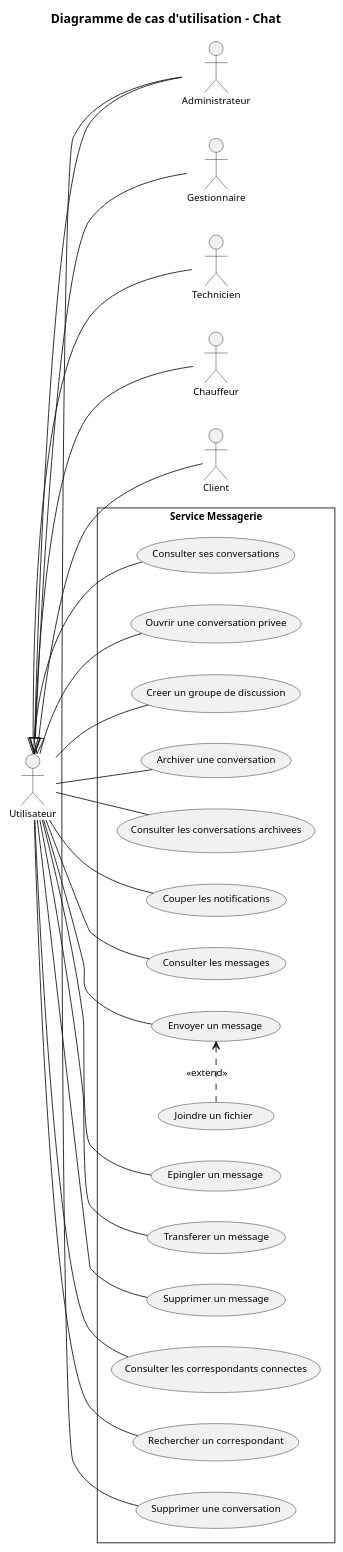
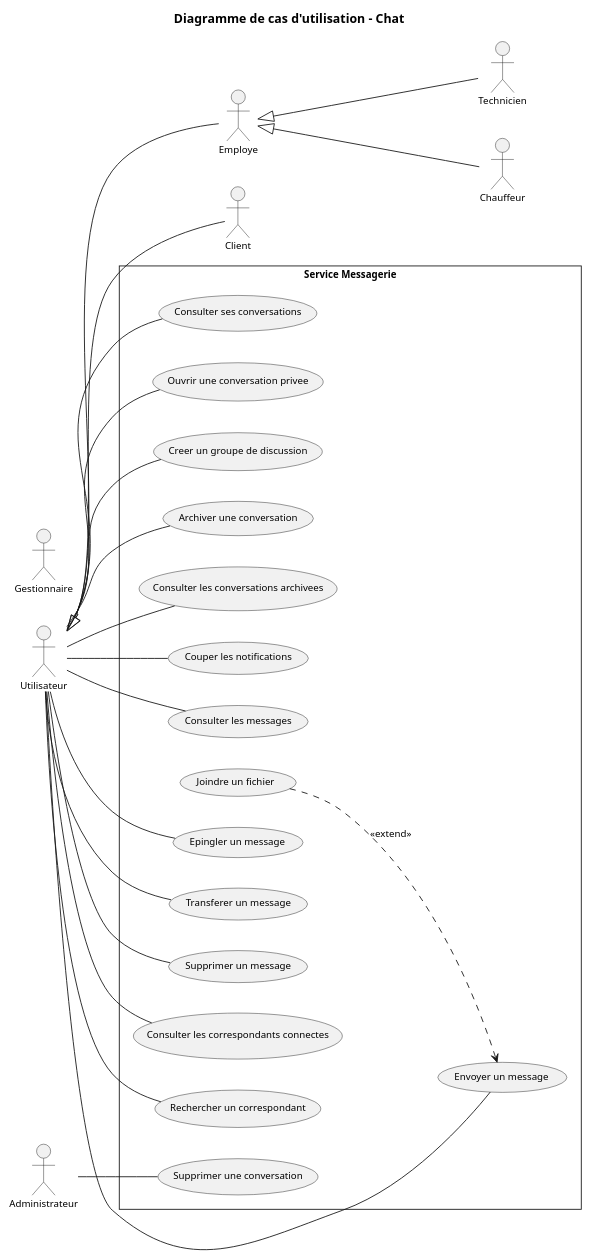
One commit to saber-barhoumi/Xpark-gmao changed the diagram in docs/diagrams/microservices/Chat/Chat-usecase.puml. Above: the diagram before and after it, drawn with PlantUML. The commit also changed 23 other files, not shown here.

First line of the commit message:
docs(uml): hierarchie d'acteurs et relations entre cas d'utilisation

```diff
--- a/docs/diagrams/microservices/Chat/Chat-usecase.puml
+++ b/docs/diagrams/microservices/Chat/Chat-usecase.puml
@@ -1,64 +1,64 @@
 @startuml
 skinparam style strictuml
 skinparam packageStyle rectangle
 skinparam shadowing false
 skinparam defaultFontName Verdana
 skinparam defaultFontSize 11
 skinparam backgroundColor #FFFFFF
 left to right direction
 
 title Diagramme de cas d'utilisation - Chat
 
-' Acteurs principaux, empiles verticalement a gauche
+' Acteurs principaux, empiles a gauche du plus general au plus specialise
 actor "Utilisateur" as Utilisateur
+actor "Employe" as Employe
 actor "Administrateur" as Administrateur
 actor "Gestionnaire" as Gestionnaire
 actor "Technicien" as Technicien
 actor "Chauffeur" as Chauffeur
 actor "Client" as Client
 
 ' Generalisation : triangle creux, de l'enfant vers le parent
-Administrateur -up-|> Utilisateur
-Gestionnaire -up-|> Utilisateur
-Technicien -up-|> Utilisateur
-Chauffeur -up-|> Utilisateur
+Employe -up-|> Utilisateur
 Client -up-|> Utilisateur
+Technicien -up-|> Employe
+Chauffeur -up-|> Employe
 
 rectangle "Service Messagerie" {
   usecase "Consulter ses conversations" as UC_Consulter_ses_conversations
   usecase "Ouvrir une conversation privee" as UC_Ouvrir_une_conversation_privee
   usecase "Creer un groupe de discussion" as UC_Creer_un_groupe_de_discussion
   usecase "Archiver une conversation" as UC_Archiver_une_conversation
   usecase "Consulter les conversations archivees" as UC_Consulter_les_conversations_archiv
   usecase "Couper les notifications" as UC_Couper_les_notifications
   usecase "Consulter les messages" as UC_Consulter_les_messages
   usecase "Envoyer un message" as UC_Envoyer_un_message
   usecase "Joindre un fichier" as UC_Joindre_un_fichier
   usecase "Epingler un message" as UC_Epingler_un_message
   usecase "Transferer un message" as UC_Transferer_un_message
   usecase "Supprimer un message" as UC_Supprimer_un_message
   usecase "Consulter les correspondants connectes" as UC_Consulter_les_correspondants_conne
   usecase "Rechercher un correspondant" as UC_Rechercher_un_correspondant
   usecase "Supprimer une conversation" as UC_Supprimer_une_conversation
 }
 
 ' Associations : trait continu sans fleche (relation d'association)
 Utilisateur -- UC_Consulter_ses_conversations
 Utilisateur -- UC_Ouvrir_une_conversation_privee
 Utilisateur -- UC_Creer_un_groupe_de_discussion
 Utilisateur -- UC_Archiver_une_conversation
 Utilisateur -- UC_Consulter_les_conversations_archiv
 Utilisateur -- UC_Couper_les_notifications
 Utilisateur -- UC_Consulter_les_messages
 Utilisateur -- UC_Envoyer_un_message
 Utilisateur -- UC_Epingler_un_message
 Utilisateur -- UC_Transferer_un_message
 Utilisateur -- UC_Supprimer_un_message
 Utilisateur -- UC_Consulter_les_correspondants_conne
 Utilisateur -- UC_Rechercher_un_correspondant
 Administrateur -- UC_Supprimer_une_conversation
 
 ' << extend >> : du cas optionnel vers le cas de base
-UC_Joindre_un_fichier .[norank].> UC_Envoyer_un_message : << extend >>
+UC_Joindre_un_fichier ..> UC_Envoyer_un_message : << extend >>
 
 @enduml
```
